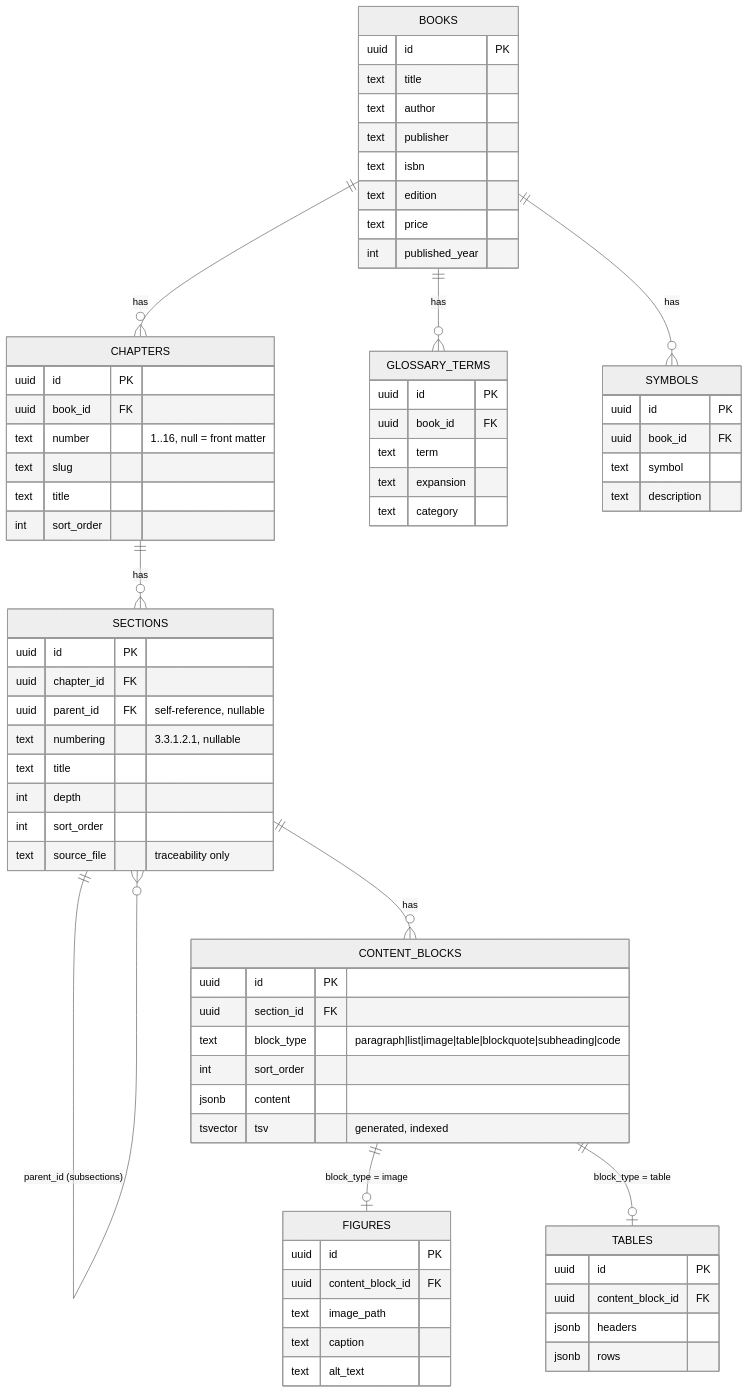
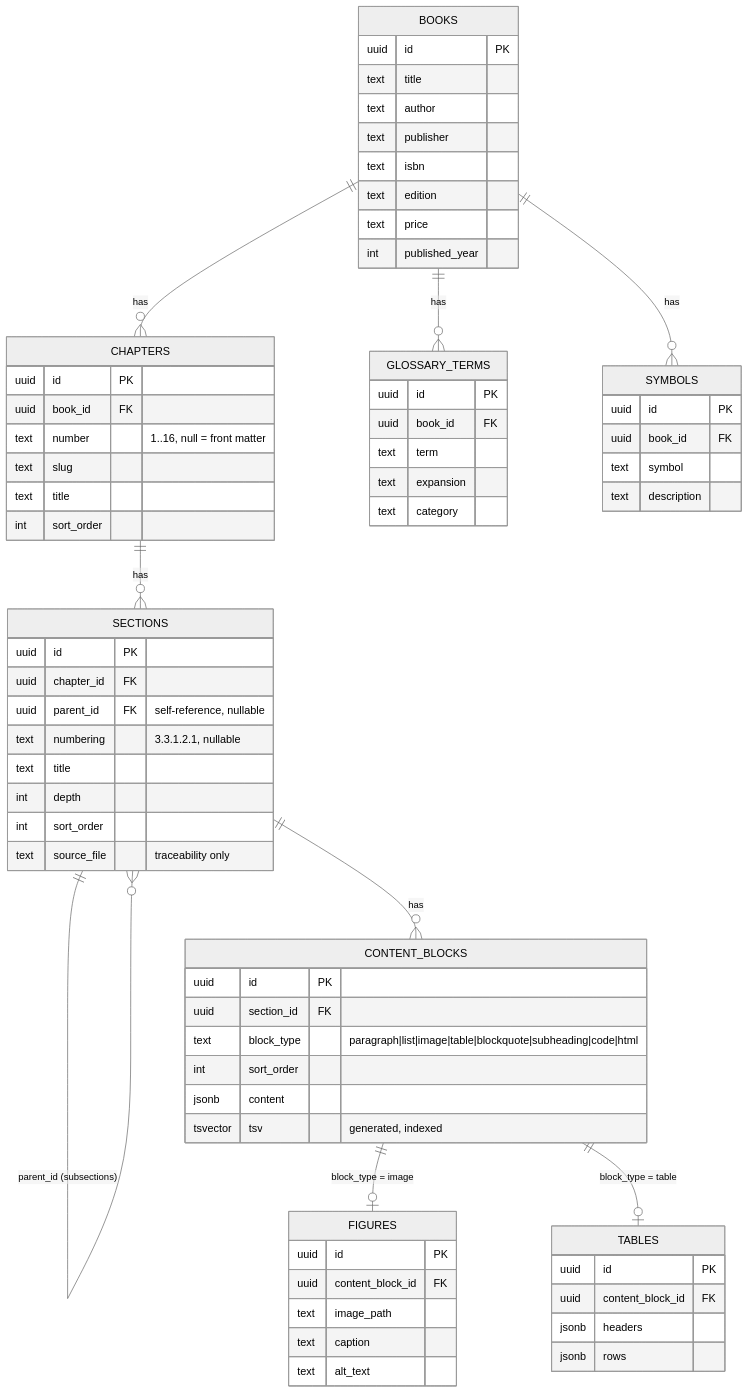
The diagram in docs/er_diagram.md (loony-projects/loony-library), drawn with Mermaid (neutral theme) before and after one commit. The commit also changed 7 other files, not shown here.

````diff
--- a/docs/er_diagram.md
+++ b/docs/er_diagram.md
@@ -5,81 +5,81 @@
 ```mermaid
 erDiagram
     BOOKS ||--o{ CHAPTERS : has
     CHAPTERS ||--o{ SECTIONS : has
     SECTIONS ||--o{ SECTIONS : "parent_id (subsections)"
     SECTIONS ||--o{ CONTENT_BLOCKS : has
     CONTENT_BLOCKS ||--o| FIGURES : "block_type = image"
     CONTENT_BLOCKS ||--o| TABLES : "block_type = table"
     BOOKS ||--o{ GLOSSARY_TERMS : has
     BOOKS ||--o{ SYMBOLS : has
 
     BOOKS {
         uuid id PK
         text title
         text author
         text publisher
         text isbn
         text edition
         text price
         int published_year
     }
 
     CHAPTERS {
         uuid id PK
         uuid book_id FK
         text number "1..16, null = front matter"
         text slug
         text title
         int sort_order
     }
 
     SECTIONS {
         uuid id PK
         uuid chapter_id FK
         uuid parent_id FK "self-reference, nullable"
         text numbering "3.3.1.2.1, nullable"
         text title
         int depth
         int sort_order
         text source_file "traceability only"
     }
 
     CONTENT_BLOCKS {
         uuid id PK
         uuid section_id FK
-        text block_type "paragraph|list|image|table|blockquote|subheading|code"
+        text block_type "paragraph|list|image|table|blockquote|subheading|code|html"
         int sort_order
         jsonb content
         tsvector tsv "generated, indexed"
     }
 
     FIGURES {
         uuid id PK
         uuid content_block_id FK
         text image_path
         text caption
         text alt_text
     }
 
     TABLES {
         uuid id PK
         uuid content_block_id FK
         jsonb headers
         jsonb rows
     }
 
     GLOSSARY_TERMS {
         uuid id PK
         uuid book_id FK
         text term
         text expansion
         text category
     }
 
     SYMBOLS {
         uuid id PK
         uuid book_id FK
         text symbol
         text description
     }
 ```
````
